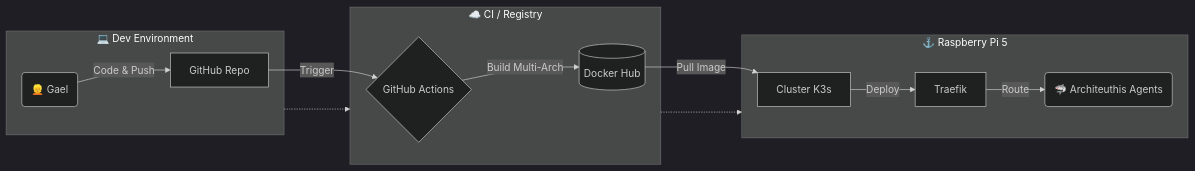
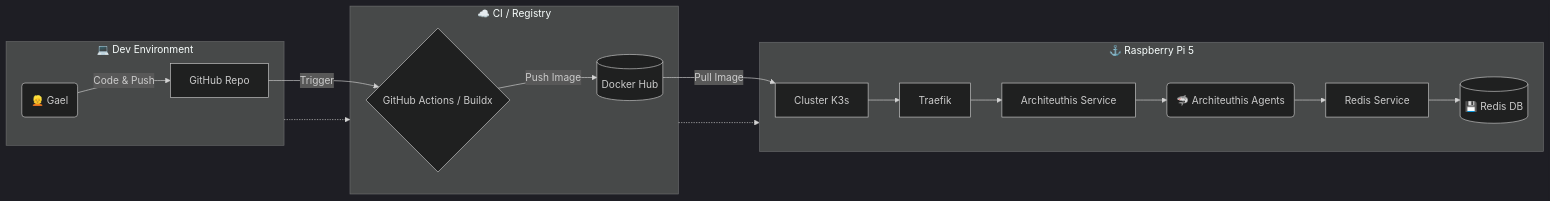
One commit to Gael-Troadec/K3s-Pi5-Lab changed the diagram in README.md. Above: the diagram before and after it, drawn with Mermaid (dark theme). The commit also changed other lines of this file, not shown here.

````diff
--- a/README.md
+++ b/README.md
@@ -47,21 +40,22 @@
 ```mermaid
 graph LR
     subgraph Developer_Zone [💻 Dev Environment]
         User(👱 Gael) -->|Code & Push| GitHub[GitHub Repo]
     end
-
     subgraph Cloud_CI [☁️ CI / Registry]
-        GitHub -->|Trigger| Actions{GitHub Actions}
-        Actions -->|Build Multi-Arch| Hub[(Docker Hub)]
+        GitHub -->|Trigger| Actions{GitHub Actions / Buildx}
+        Actions -->|Push Image| Hub[(Docker Hub)]
     end
-
     subgraph Edge_Prod [⚓ Raspberry Pi 5]
         Hub -->|Pull Image| K3s[Cluster K3s]
-        K3s -->|Deploy| Ingress[Traefik]
-        Ingress -->|Route| Pods(🦈 Architeuthis Agents)
+        K3s --> Ingress[Traefik]
+        Ingress --> AppSvc[Architeuthis Service]
+        AppSvc --> Pods(🦈 Architeuthis Agents)
+        Pods --> RedisSvc[Redis Service]
+        RedisSvc --> RedisDB[(💾 Redis DB)]
     end
     
     %% Liens entre les zones
     Developer_Zone -.-> Cloud_CI
     Cloud_CI -.-> Edge_Prod
 ```
````
